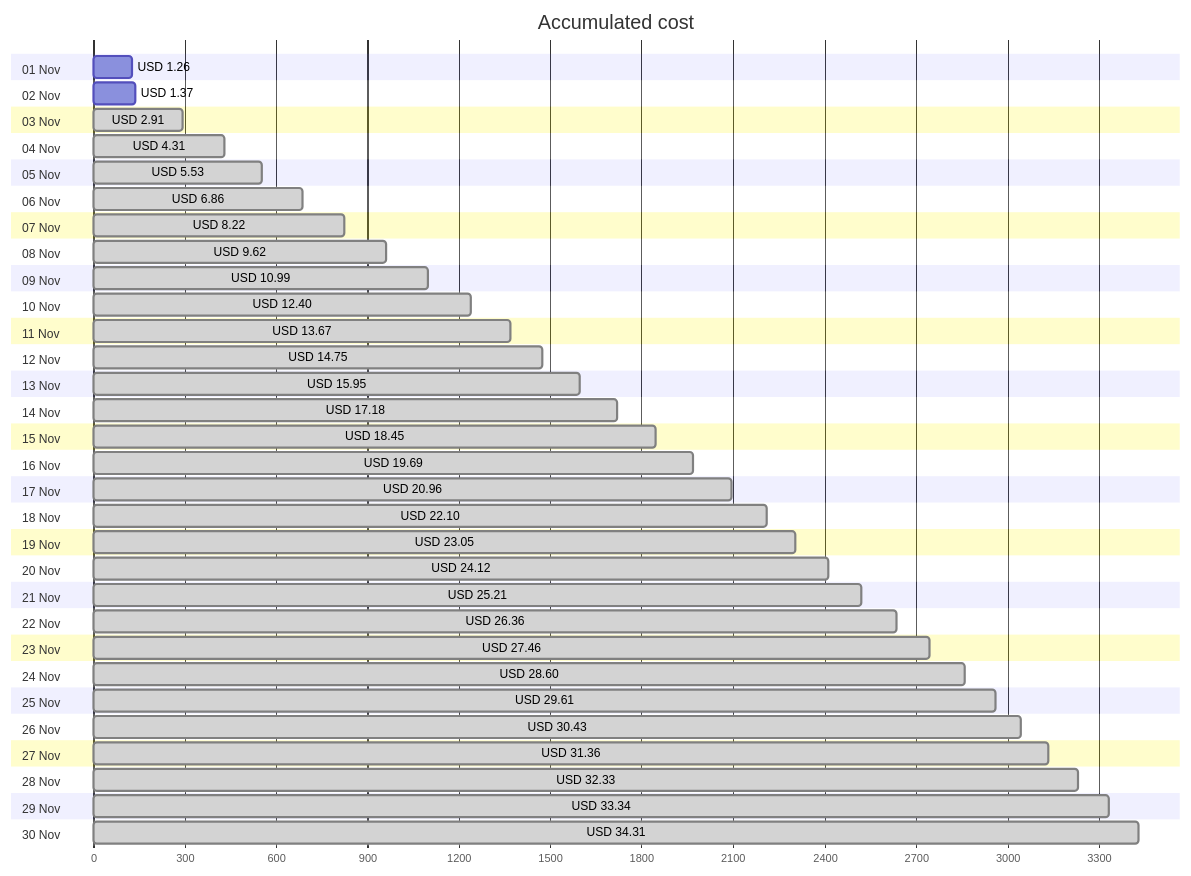
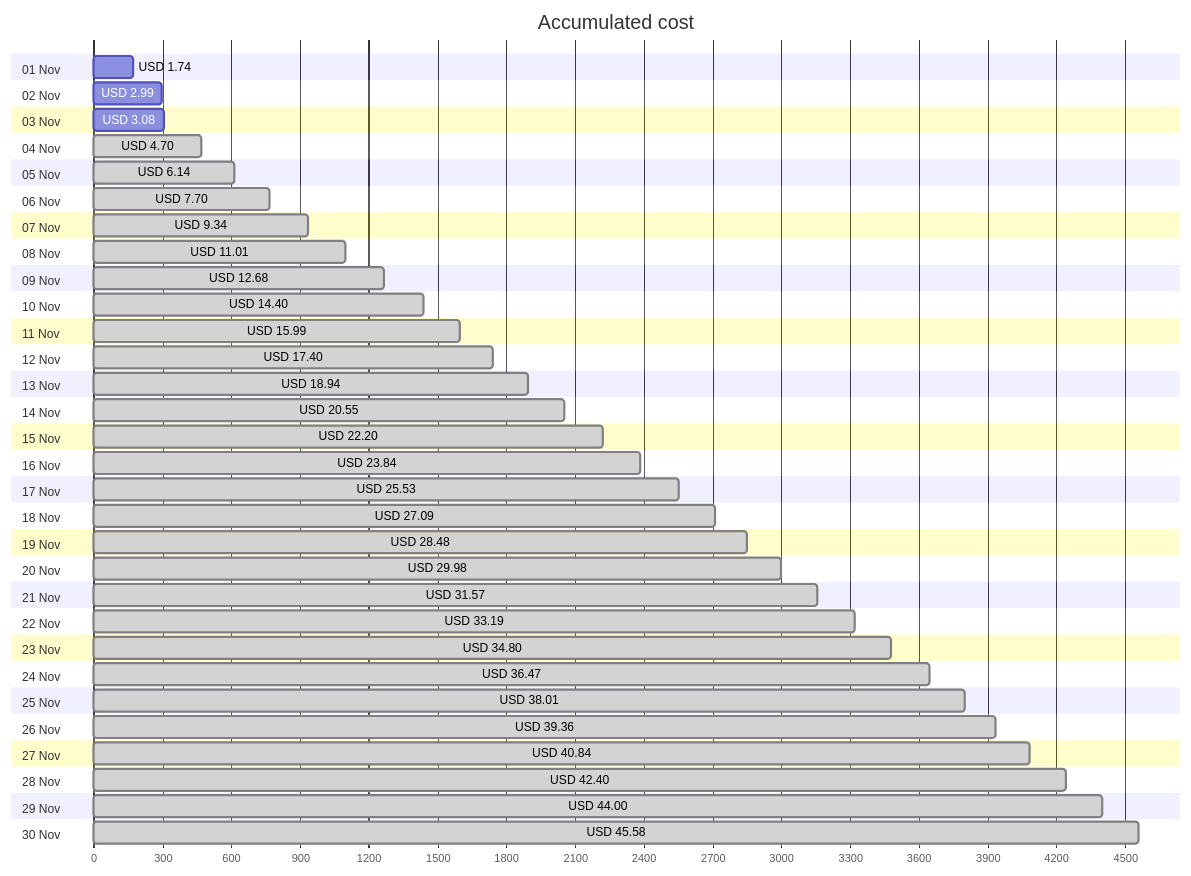
One commit to jpfulton/azure-personal-reports changed the first of 4 diagrams in cost-reports/personal-network/README.md. Above: the diagram before and after it, drawn with Mermaid. The commit also changed other lines of this file and 8 other files, not shown here.

````diff
--- a/cost-reports/personal-network/README.md
+++ b/cost-reports/personal-network/README.md
@@ -20,66 +20,66 @@
 ```mermaid
 gantt
    title Accumulated cost
    dateFormat  X
    axisFormat %s
    section 01 Nov
-   USD 1.26 :0, 126
+   USD 1.74 :0, 174
    section 02 Nov
-   USD 1.37 :0, 137
+   USD 2.99 :0, 299
    section 03 Nov
-   USD 2.91 : done, 0, 291
+   USD 3.08 :0, 308
    section 04 Nov
-   USD 4.31 : done, 0, 431
+   USD 4.70 : done, 0, 470
    section 05 Nov
-   USD 5.53 : done, 0, 553
+   USD 6.14 : done, 0, 614
    section 06 Nov
-   USD 6.86 : done, 0, 686
+   USD 7.70 : done, 0, 770
    section 07 Nov
-   USD 8.22 : done, 0, 822
+   USD 9.34 : done, 0, 934
    section 08 Nov
-   USD 9.62 : done, 0, 962
+   USD 11.01 : done, 0, 1101
    section 09 Nov
-   USD 10.99 : done, 0, 1099
+   USD 12.68 : done, 0, 1268
    section 10 Nov
-   USD 12.40 : done, 0, 1240
+   USD 14.40 : done, 0, 1440
    section 11 Nov
-   USD 13.67 : done, 0, 1367
+   USD 15.99 : done, 0, 1599
    section 12 Nov
-   USD 14.75 : done, 0, 1475
+   USD 17.40 : done, 0, 1740
    section 13 Nov
-   USD 15.95 : done, 0, 1595
+   USD 18.94 : done, 0, 1894
    section 14 Nov
-   USD 17.18 : done, 0, 1718
+   USD 20.55 : done, 0, 2055
    section 15 Nov
-   USD 18.45 : done, 0, 1845
+   USD 22.20 : done, 0, 2220
    section 16 Nov
-   USD 19.69 : done, 0, 1969
+   USD 23.84 : done, 0, 2384
    section 17 Nov
-   USD 20.96 : done, 0, 2096
+   USD 25.53 : done, 0, 2553
    section 18 Nov
-   USD 22.10 : done, 0, 2210
+   USD 27.09 : done, 0, 2709
    section 19 Nov
-   USD 23.05 : done, 0, 2305
+   USD 28.48 : done, 0, 2848
    section 20 Nov
-   USD 24.12 : done, 0, 2412
+   USD 29.98 : done, 0, 2998
    section 21 Nov
-   USD 25.21 : done, 0, 2521
+   USD 31.57 : done, 0, 3157
    section 22 Nov
-   USD 26.36 : done, 0, 2636
+   USD 33.19 : done, 0, 3319
    section 23 Nov
-   USD 27.46 : done, 0, 2746
+   USD 34.80 : done, 0, 3480
    section 24 Nov
-   USD 28.60 : done, 0, 2860
+   USD 36.47 : done, 0, 3647
    section 25 Nov
-   USD 29.61 : done, 0, 2961
+   USD 38.01 : done, 0, 3801
    section 26 Nov
-   USD 30.43 : done, 0, 3043
+   USD 39.36 : done, 0, 3936
    section 27 Nov
-   USD 31.36 : done, 0, 3136
+   USD 40.84 : done, 0, 4084
    section 28 Nov
-   USD 32.33 : done, 0, 3233
+   USD 42.40 : done, 0, 4240
    section 29 Nov
-   USD 33.34 : done, 0, 3334
+   USD 44.00 : done, 0, 4400
    section 30 Nov
-   USD 34.31 : done, 0, 3431
+   USD 45.58 : done, 0, 4558
 ```
````
